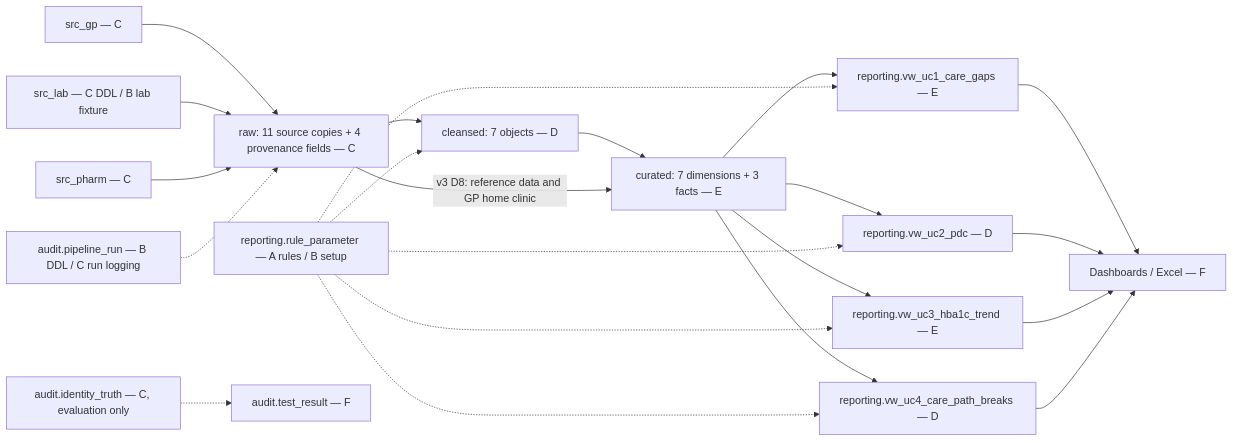
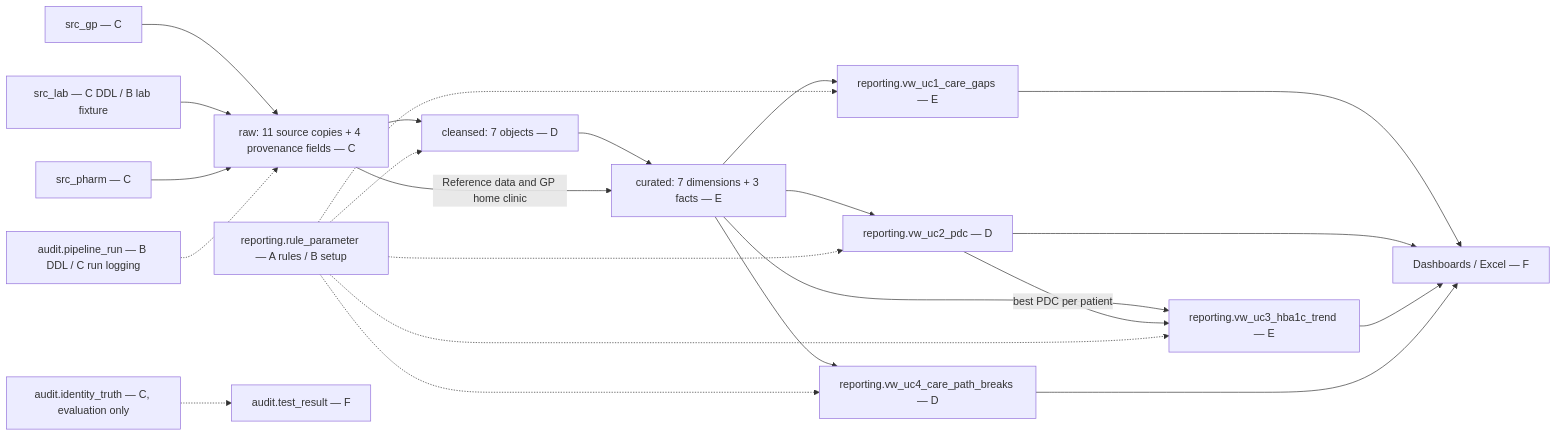
The first of 4 diagrams in docs/logical_model_v1.md (LyphardRover/glucolink-a2), drawn with Mermaid before and after one commit. The commit also changed other lines of this file, not shown here.

````diff
--- a/docs/logical_model_v1.md
+++ b/docs/logical_model_v1.md
@@ -7,24 +7,25 @@
 ```mermaid
 flowchart LR
   GP[src_gp — C] --> RAW[raw: 11 source copies + 4 provenance fields — C]
   LAB[src_lab — C DDL / B lab fixture] --> RAW
   PHARM[src_pharm — C] --> RAW
   RAW --> CLEAN[cleansed: 7 objects — D]
   CLEAN --> CUR[curated: 7 dimensions + 3 facts — E]
-  RAW -->|v3 D8: reference data and GP home clinic| CUR
+  RAW -->|Reference data and GP home clinic| CUR
   CUR --> UC1[reporting.vw_uc1_care_gaps — E]
   CUR --> UC2[reporting.vw_uc2_pdc — D]
   CUR --> UC3[reporting.vw_uc3_hba1c_trend — E]
   CUR --> UC4[reporting.vw_uc4_care_path_breaks — D]
+  UC2 -->|best PDC per patient| UC3
   UC1 --> F[Dashboards / Excel — F]
   UC2 --> F
   UC3 --> F
   UC4 --> F
   PARAM[reporting.rule_parameter — A rules / B setup] -.-> CLEAN
   PARAM -.-> UC1
   PARAM -.-> UC2
   PARAM -.-> UC3
   PARAM -.-> UC4
   RUN[audit.pipeline_run — B DDL / C run logging] -.-> RAW
   TRUTH[audit.identity_truth — C, evaluation only] -.-> TEST[audit.test_result — F]
 ```
````
